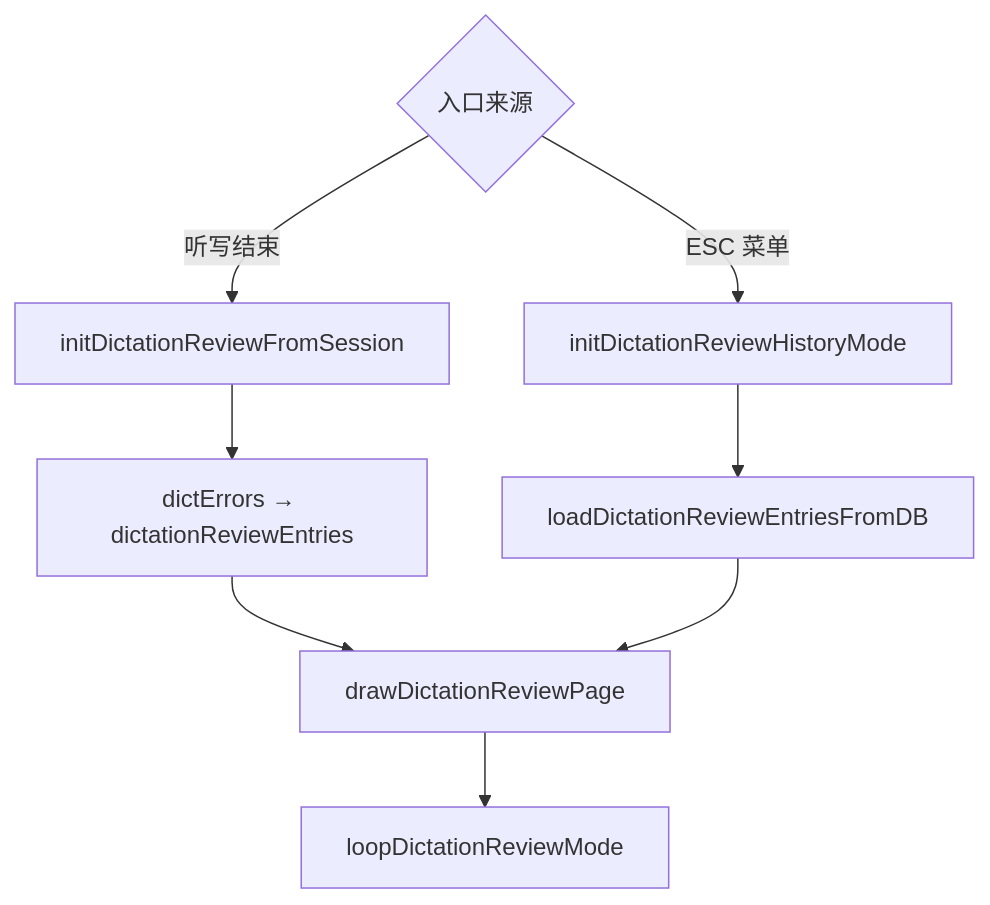
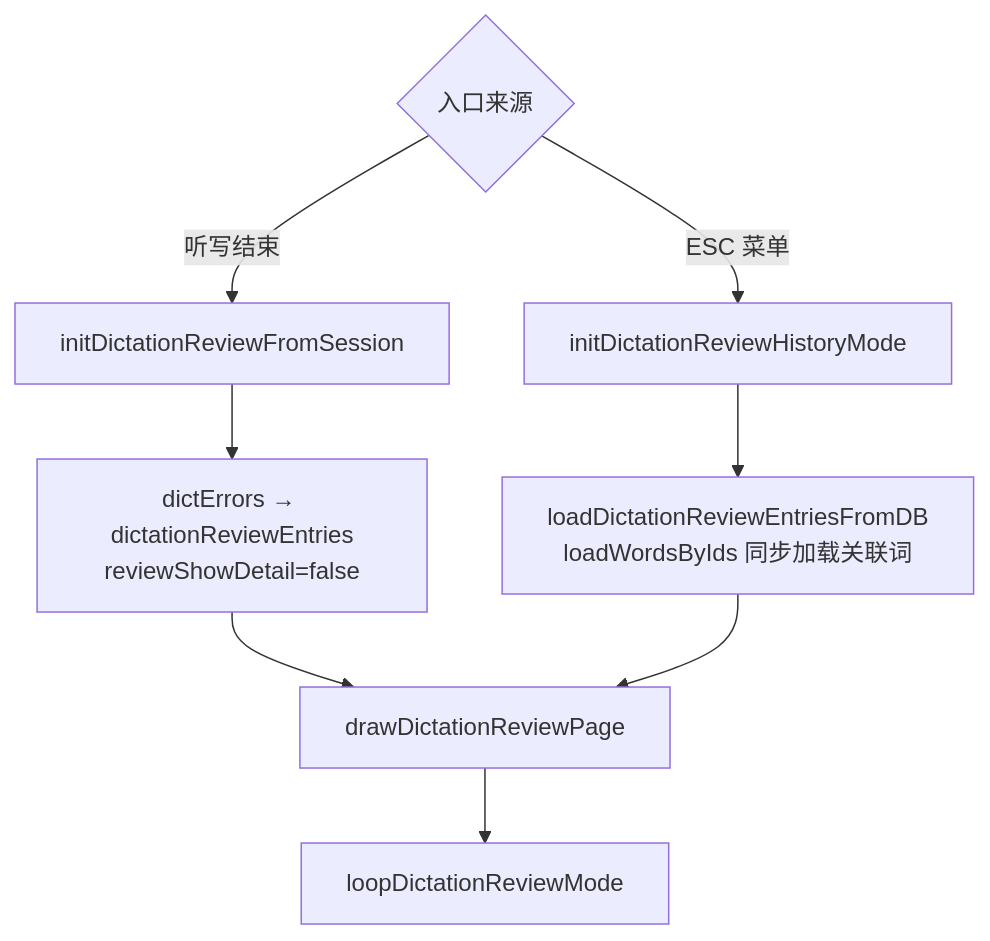
Before and after one commit to Mr-xiaotian/WordCardputer: the first of 2 diagrams in docs/zh-CN/ModeDictationReview.md, drawn with Mermaid. The commit also changed other lines of this file and 23 other files, not shown here.

````diff
--- a/docs/zh-CN/ModeDictationReview.md
+++ b/docs/zh-CN/ModeDictationReview.md
@@ -31,9 +34,9 @@
 ```mermaid
 flowchart TD
     A{入口来源} -->|听写结束| B[initDictationReviewFromSession]
     A -->|ESC 菜单| C[initDictationReviewHistoryMode]
-    B --> D[dictErrors → dictationReviewEntries]
-    C --> E[loadDictationReviewEntriesFromDB]
+    B --> D[dictErrors → dictationReviewEntries<br/>reviewShowDetail=false]
+    C --> E[loadDictationReviewEntriesFromDB<br/>loadWordsByIds 同步加载关联词]
     D & E --> F[drawDictationReviewPage]
     F --> G[loopDictationReviewMode]
 ```
````
